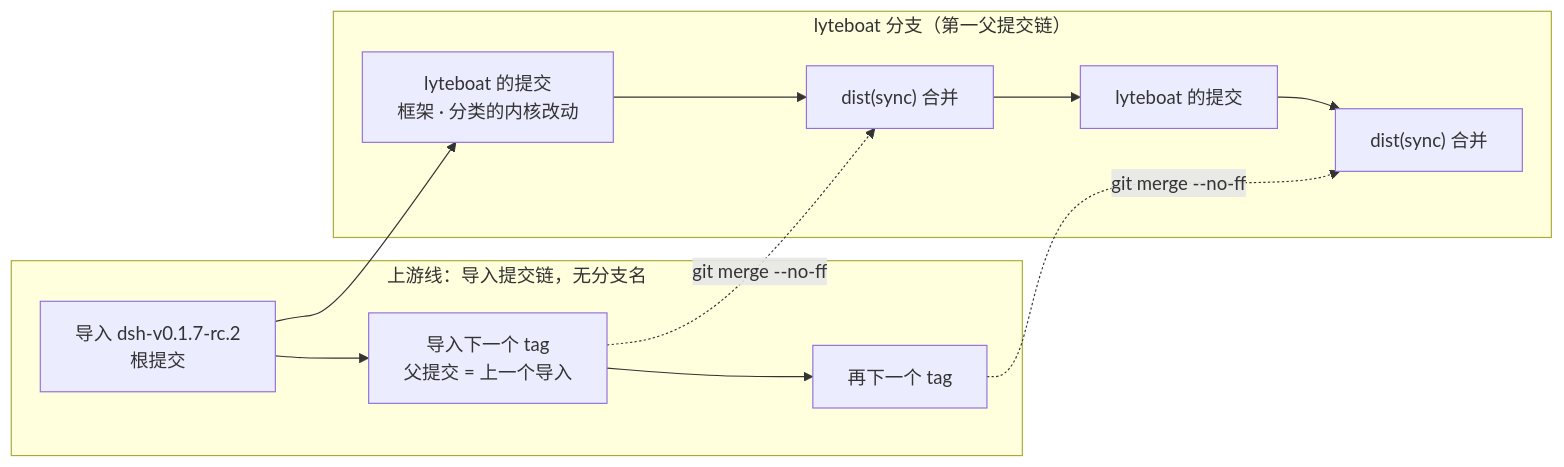
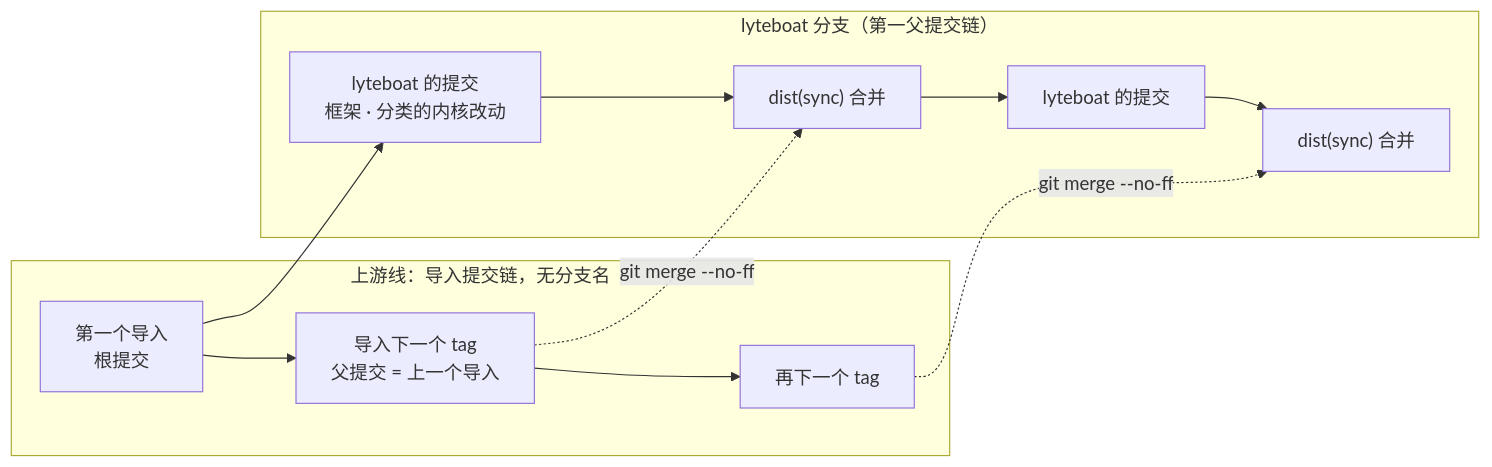
Before and after one commit to lyteboat/lyteboat: the first of 3 diagrams in docs/02-distribution.md, drawn with Mermaid. The commit also changed other lines of this file and 9 other files, not shown here.

````diff
--- a/docs/02-distribution.md
+++ b/docs/02-distribution.md
@@ -239,12 +239,12 @@
 ```mermaid
 flowchart LR
   subgraph LINE["上游线：导入提交链，无分支名"]
-    I1["导入 dsh-v0.1.7-rc.2<br/>根提交"] --> I2["导入下一个 tag<br/>父提交 = 上一个导入"] --> I3["再下一个 tag"]
+    I1["第一个导入<br/>根提交"] --> I2["导入下一个 tag<br/>父提交 = 上一个导入"] --> I3["再下一个 tag"]
   end
   subgraph BRANCH["lyteboat 分支（第一父提交链）"]
     C1["lyteboat 的提交<br/>框架 · 分类的内核改动"] --> M1["dist(sync) 合并"] --> C2["lyteboat 的提交"] --> M2["dist(sync) 合并"]
   end
   I1 --> C1
   I2 -.->|"git merge --no-ff"| M1
   I3 -.->|"git merge --no-ff"| M2
 ```
````
